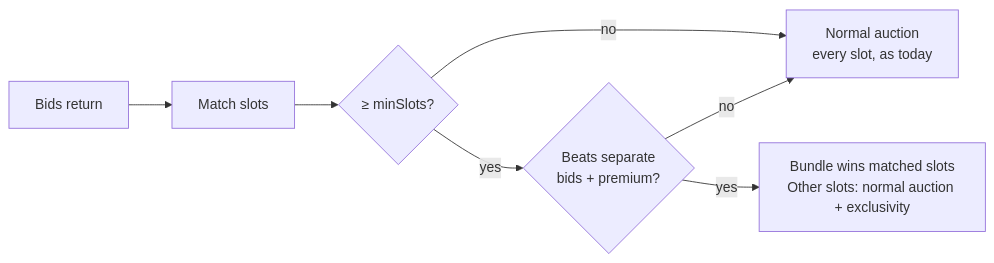
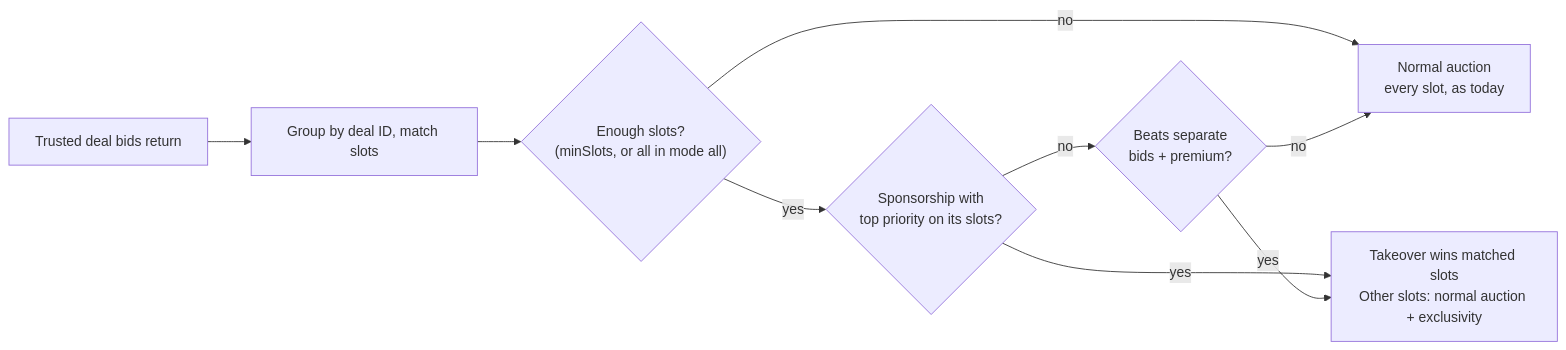
One commit to WhimsicalCoder/prebid-bundle-auction changed the diagram in SPEC.md. Above: the diagram before and after it, drawn with Mermaid. The commit also changed other lines of this file and 1 other file, not shown here.

First line of the commit message:
Spec v0.2: build on Prebid deal metadata and priority bids (#15719)

````diff
--- a/SPEC.md
+++ b/SPEC.md
@@ -108,9 +136,11 @@
 ```mermaid
 flowchart LR
-    A[Bids return] --> B[Match slots]
-    B --> C{"≥ minSlots?"}
+    A[Trusted deal bids return] --> B[Group by deal ID, match slots]
+    B --> C{"Enough slots?<br/>(minSlots, or all in mode all)"}
     C -- no --> N["Normal auction<br/>every slot, as today"]
-    C -- yes --> D{"Beats separate<br/>bids + premium?"}
+    C -- yes --> S{"Sponsorship with<br/>top priority on its slots?"}
+    S -- yes --> W["Takeover wins matched slots<br/>Other slots: normal auction + exclusivity"]
+    S -- no --> D{"Beats separate<br/>bids + premium?"}
     D -- no --> N
-    D -- yes --> W["Bundle wins matched slots<br/>Other slots: normal auction + exclusivity"]
+    D -- yes --> W
 ```
````
